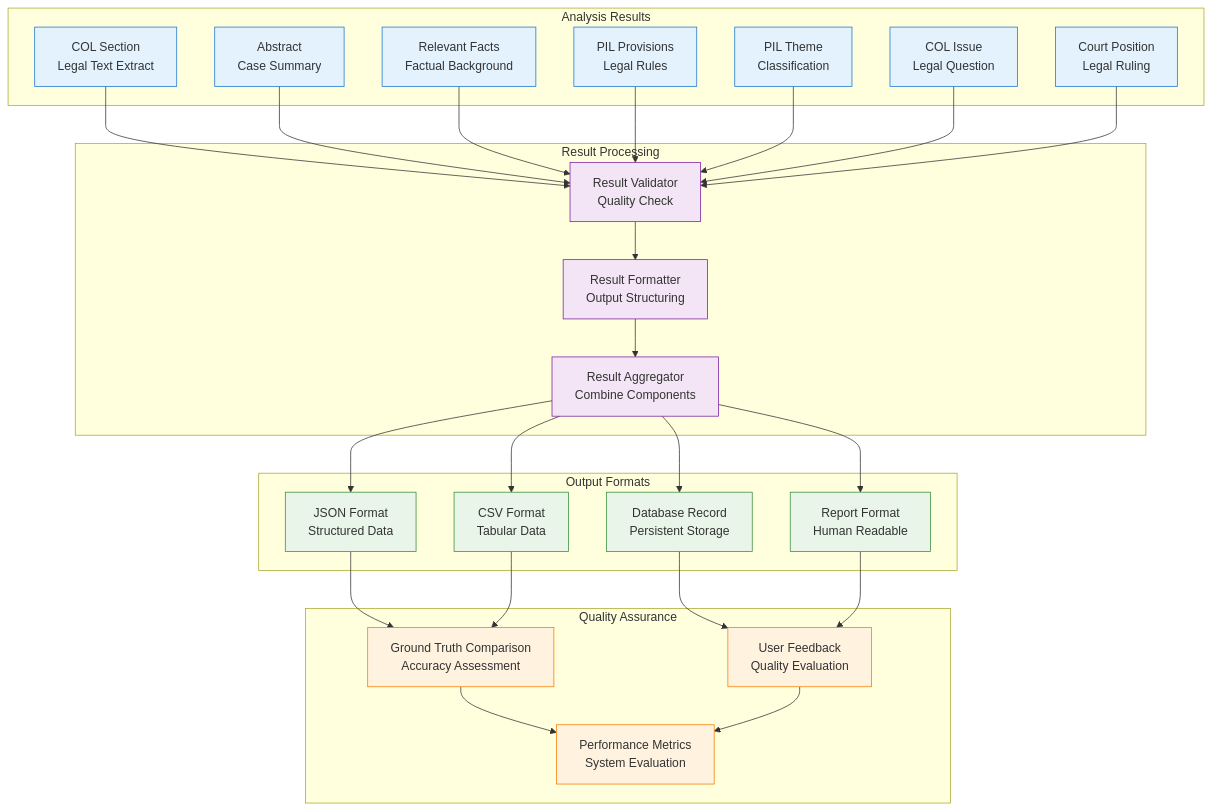
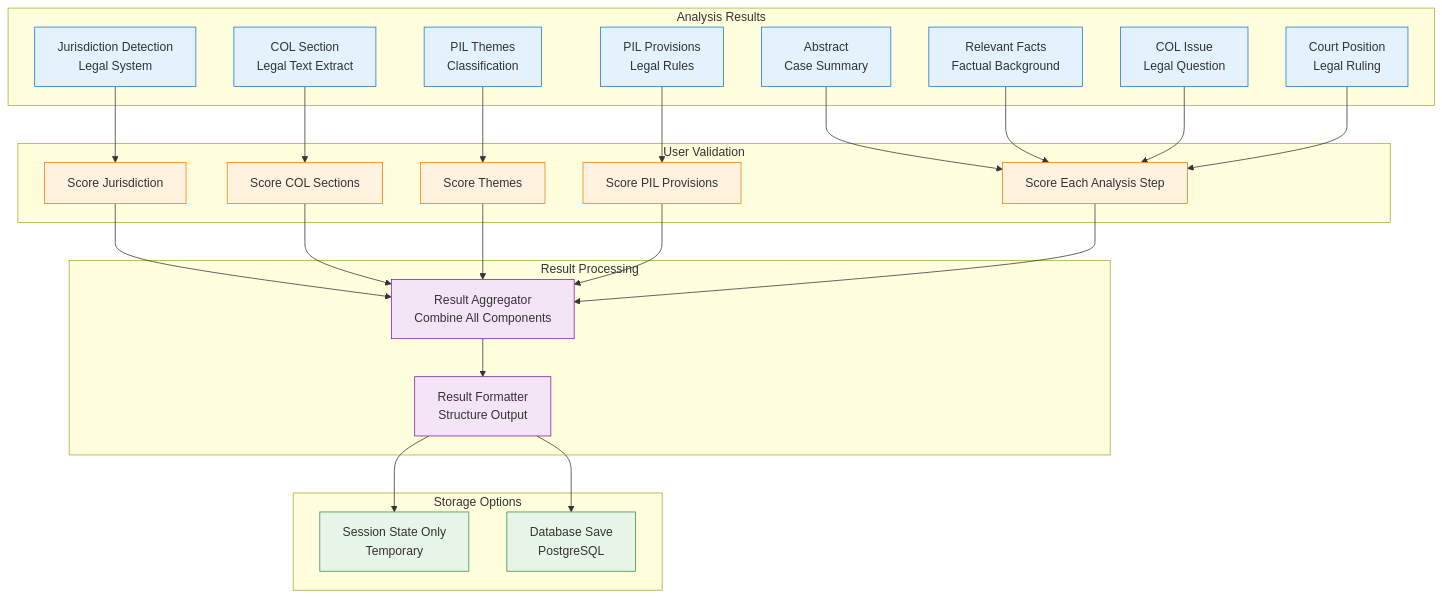
The eighth of 8 diagrams in docs/WORKFLOWS.md (Choice-of-Law-Dataverse/cold-case-analysis), drawn with Mermaid before and after one commit. The commit also changed other lines of this file and 4 other files, not shown here.

````diff
--- a/docs/WORKFLOWS.md
+++ b/docs/WORKFLOWS.md
@@ -397,65 +392,60 @@
 ```mermaid
 flowchart TD
     subgraph "Analysis Results"
+        Jurisdiction[Jurisdiction Detection<br/>Legal System]
         COLSection[COL Section<br/>Legal Text Extract]
+        Themes[PIL Themes<br/>Classification]
+        PILProvisions[PIL Provisions<br/>Legal Rules]
         Abstract[Abstract<br/>Case Summary]
         Facts[Relevant Facts<br/>Factual Background]
-        Provisions[PIL Provisions<br/>Legal Rules]
-        Theme[PIL Theme<br/>Classification]
         Issue[COL Issue<br/>Legal Question]
         Position[Court Position<br/>Legal Ruling]
     end
     
-    subgraph "Result Processing"
-        Validator[Result Validator<br/>Quality Check]
-        Formatter[Result Formatter<br/>Output Structuring]
-        Aggregator[Result Aggregator<br/>Combine Components]
+    subgraph "User Validation"
+        ScoreJuris[Score Jurisdiction]
+        ScoreCOL[Score COL Sections]
+        ScoreThemes[Score Themes]
+        ScorePIL[Score PIL Provisions]
+        ScoreAnalysis[Score Each Analysis Step]
     end
     
-    subgraph "Output Formats"
-        JSONOutput[JSON Format<br/>Structured Data]
-        CSVOutput[CSV Format<br/>Tabular Data]
-        ReportOutput[Report Format<br/>Human Readable]
-        DBRecord[Database Record<br/>Persistent Storage]
+    subgraph "Result Processing"
+        Aggregator[Result Aggregator<br/>Combine All Components]
+        Formatter[Result Formatter<br/>Structure Output]
     end
     
-    subgraph "Quality Assurance"
-        GroundTruthCheck[Ground Truth Comparison<br/>Accuracy Assessment]
-        UserFeedback[User Feedback<br/>Quality Evaluation]
-        MetricsCalculation[Performance Metrics<br/>System Evaluation]
+    subgraph "Storage Options"
+        SessionOnly[Session State Only<br/>Temporary]
+        DBSave[Database Save<br/>PostgreSQL]
     end
     
-    COLSection --> Validator
-    Abstract --> Validator
-    Facts --> Validator
-    Provisions --> Validator
-    Theme --> Validator
-    Issue --> Validator
-    Position --> Validator
+    Jurisdiction --> ScoreJuris
+    COLSection --> ScoreCOL
+    Themes --> ScoreThemes
+    PILProvisions --> ScorePIL
+    Abstract --> ScoreAnalysis
+    Facts --> ScoreAnalysis
+    Issue --> ScoreAnalysis
+    Position --> ScoreAnalysis
     
-    Validator --> Formatter
-    Formatter --> Aggregator
+    ScoreJuris --> Aggregator
+    ScoreCOL --> Aggregator
+    ScoreThemes --> Aggregator
+    ScorePIL --> Aggregator
+    ScoreAnalysis --> Aggregator
     
-    Aggregator --> JSONOutput
-    Aggregator --> CSVOutput
-    Aggregator --> ReportOutput
-    Aggregator --> DBRecord
+    Aggregator --> Formatter
+    Formatter --> SessionOnly
+    Formatter --> DBSave
     
-    JSONOutput --> GroundTruthCheck
-    CSVOutput --> GroundTruthCheck
-    DBRecord --> UserFeedback
-    ReportOutput --> UserFeedback
+    classDef analysis fill:#e3f2fd,stroke:#1976d2
+    classDef validation fill:#fff3e0,stroke:#f57c00
+    classDef process fill:#f3e5f5,stroke:#7b1fa2
+    classDef storage fill:#e8f5e9,stroke:#388e3c
     
-    GroundTruthCheck --> MetricsCalculation
-    UserFeedback --> MetricsCalculation
-
-    classDef analysis fill:#e3f2fd,stroke:#1976d2
-    classDef process fill:#f3e5f5,stroke:#7b1fa2
-    classDef output fill:#e8f5e8,stroke:#388e3c
-    classDef quality fill:#fff3e0,stroke:#f57c00
-
-    class COLSection,Abstract,Facts,Provisions,Theme,Issue,Position analysis
-    class Validator,Formatter,Aggregator process
-    class JSONOutput,CSVOutput,ReportOutput,DBRecord output
-    class GroundTruthCheck,UserFeedback,MetricsCalculation quality
+    class Jurisdiction,COLSection,Themes,PILProvisions,Abstract,Facts,Issue,Position analysis
+    class ScoreJuris,ScoreCOL,ScoreThemes,ScorePIL,ScoreAnalysis validation
+    class Aggregator,Formatter process
+    class SessionOnly,DBSave storage
 ```
````
